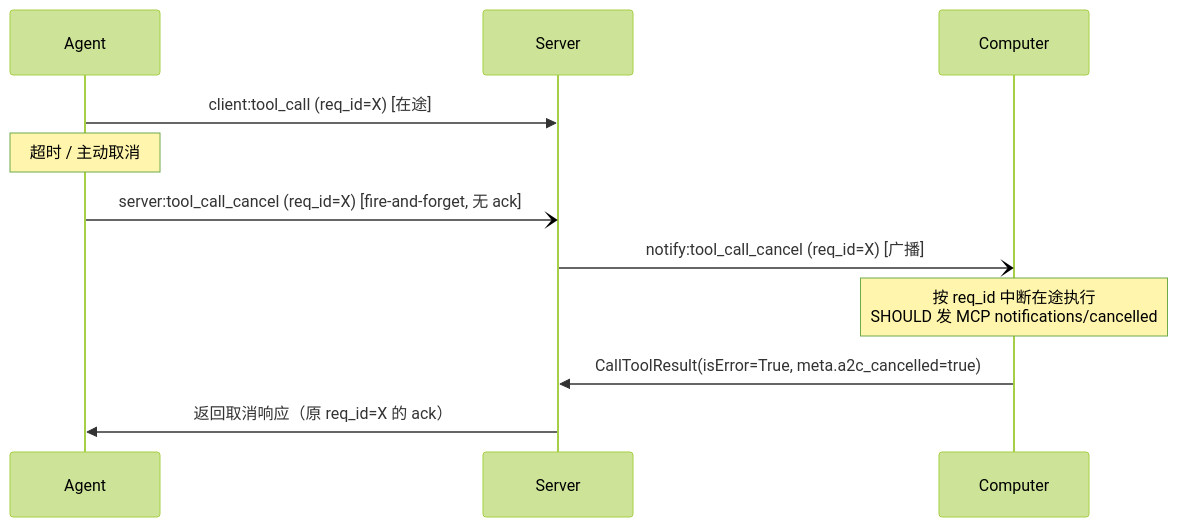
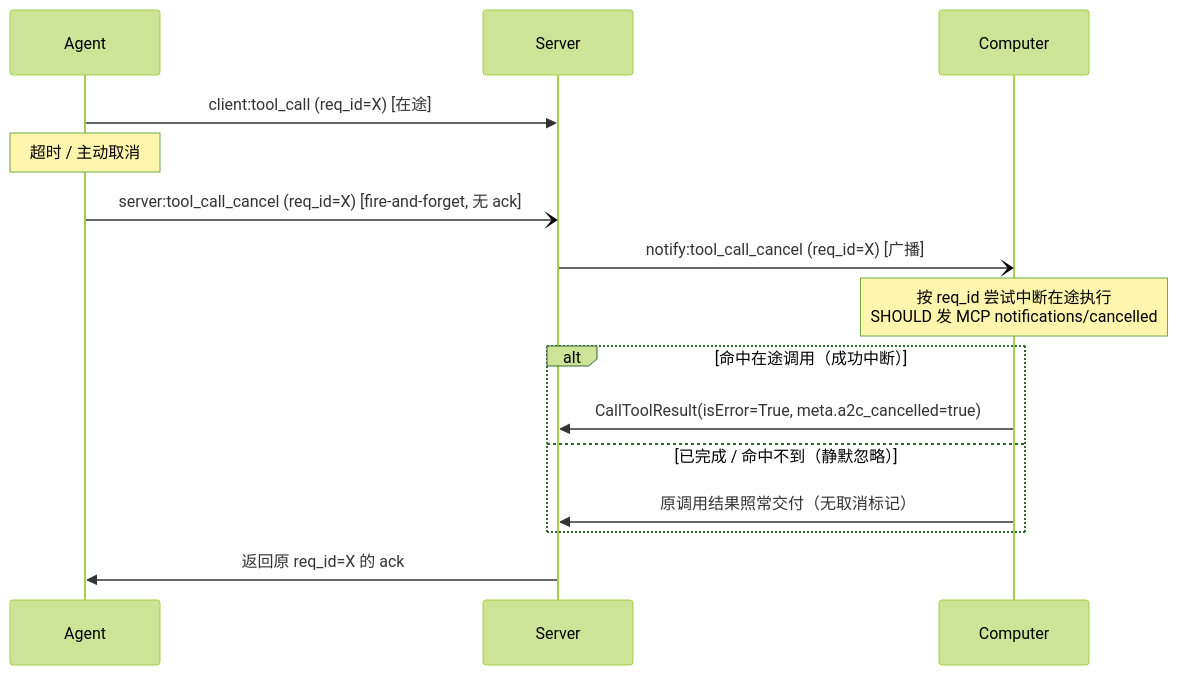
One commit to A2C-SMCP/a2c-smcp-protocol changed the third of 7 diagrams in docs/specification/events.md. Above: the diagram before and after it, drawn with Mermaid (forest theme). The commit also changed other lines of this file and 2 other files, not shown here.

````diff
--- a/docs/specification/events.md
+++ b/docs/specification/events.md
@@ -814,14 +824,18 @@
 ```mermaid
 sequenceDiagram
     participant A as Agent
     participant S as Server
     participant C as Computer
 
     A->>S: client:tool_call (req_id=X) [在途]
     Note over A: 超时 / 主动取消
     A-)S: server:tool_call_cancel (req_id=X) [fire-and-forget, 无 ack]
     S-)C: notify:tool_call_cancel (req_id=X) [广播]
-    Note over C: 按 req_id 中断在途执行<br/>SHOULD 发 MCP notifications/cancelled
-    C->>S: CallToolResult(isError=True, meta.a2c_cancelled=true)
-    S->>A: 返回取消响应（原 req_id=X 的 ack）
+    Note over C: 按 req_id 尝试中断在途执行<br/>SHOULD 发 MCP notifications/cancelled
+    alt 命中在途调用（成功中断）
+        C->>S: CallToolResult(isError=True, meta.a2c_cancelled=true)
+    else 已完成 / 命中不到（静默忽略）
+        C->>S: 原调用结果照常交付（无取消标记）
+    end
+    S->>A: 返回原 req_id=X 的 ack
 ```
````
